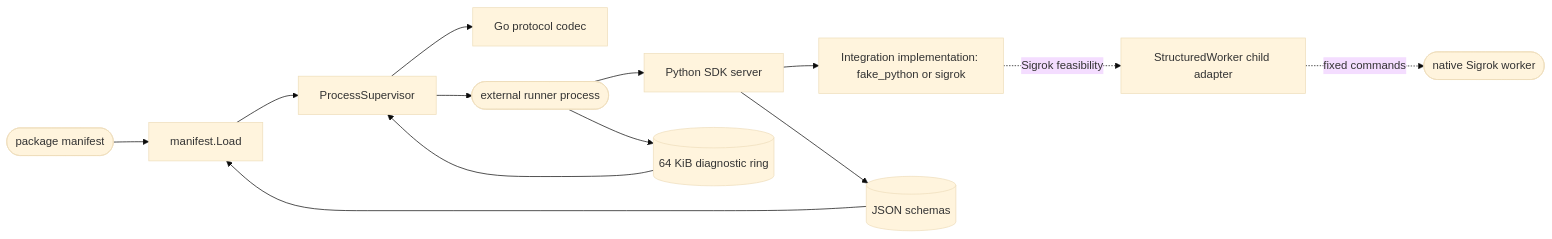
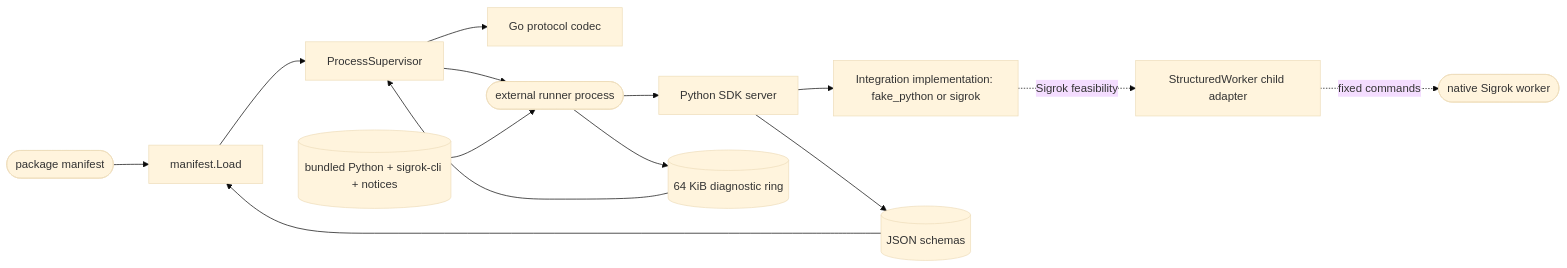
One commit to DDP-Engineering/2026_Networked_Intelligent_Lab_Orchestrator changed the diagram in .agentic/knowledge/integration-platform.md. Above: the diagram before and after it, drawn with Mermaid (base theme). The commit also changed other lines of this file and 86 other files, not shown here.

````diff
--- a/.agentic/knowledge/integration-platform.md
+++ b/.agentic/knowledge/integration-platform.md
@@ -41,24 +46,25 @@
 ```mermaid
 flowchart LR
     manifest(["package manifest"])
     loader["manifest.Load"]
     supervisor["ProcessSupervisor"]
     codec["Go protocol codec"]
     process(["external runner process"])
     sdk["Python SDK server"]
     plugin["Integration implementation: fake_python or sigrok"]
     schemas[("JSON schemas")]
     stderr[("64 KiB diagnostic ring")]
     manifest --> loader
     schemas --> loader
     loader --> supervisor
     supervisor --> process
     supervisor --> codec
     process --> sdk
     sdk --> plugin
+    bundle_runtime[("bundled Python + sigrok-cli + notices")] --> process
     plugin -. Sigrok feasibility .-> worker["StructuredWorker child adapter"]
     worker -. fixed commands .-> native(["native Sigrok worker"])
     sdk --> schemas
     process --> stderr
     stderr --> supervisor
 ```
````
